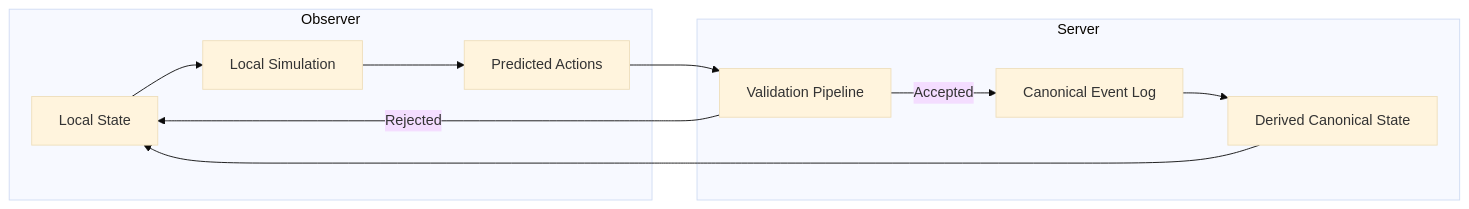
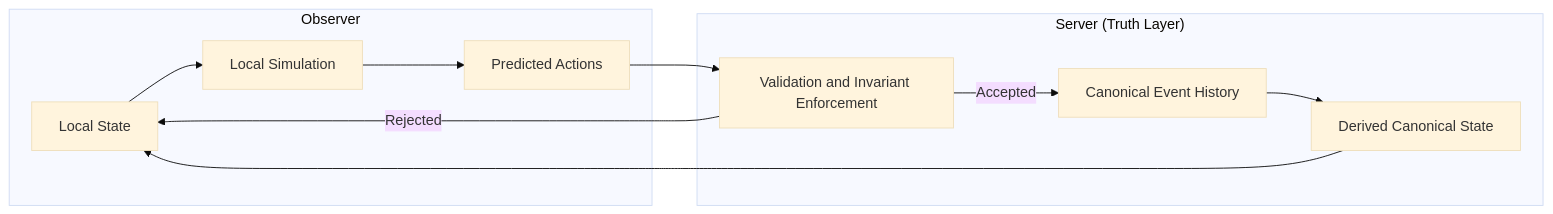
The diagram in diagrams/CrypSA_Observer_vs_Canonical.md (godofthunder101/crypsa-architecture), drawn with Mermaid (base theme) before and after one commit. The commit also changed other lines of this file, not shown here.

First line of the commit message:
Revise CrypSA Observer vs Canonical diagram content

`````diff
--- a/diagrams/CrypSA_Observer_vs_Canonical.md
+++ b/diagrams/CrypSA_Observer_vs_Canonical.md
@@ -16,26 +20,25 @@
 ```mermaid
 flowchart LR
 
-subgraph Observer
-A[Local State]
-B[Local Simulation]
-C[Predicted Actions]
+subgraph "Observer"
+    A[Local State]
+    B[Local Simulation]
+    C[Predicted Actions]
 end
 
-subgraph Server
-D[Validation Pipeline]
-E[Canonical Event Log]
-F[Derived Canonical State]
+subgraph "Server (Truth Layer)"
+    D[Validation and Invariant Enforcement]
+    E[Canonical Event History]
+    F[Derived Canonical State]
 end
 
 A --> B
 B --> C
 C --> D
 
 D -->|Accepted| E
 D -->|Rejected| A
 
 E --> F
 F --> A
-
-````
+```
`````
